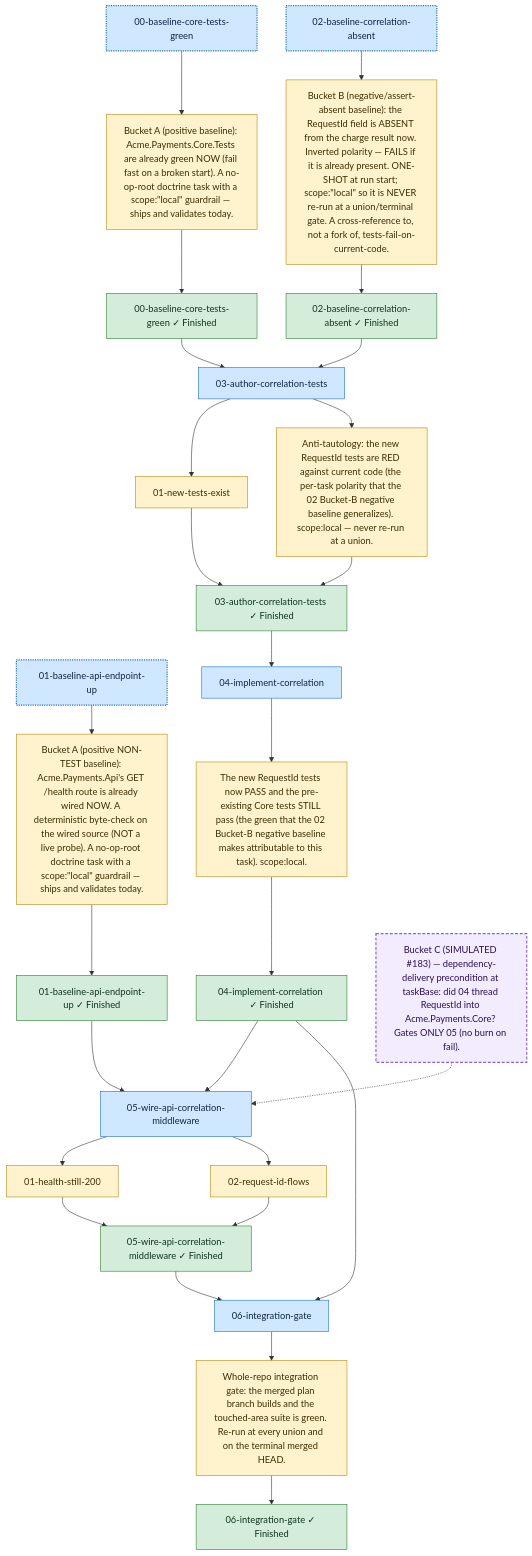
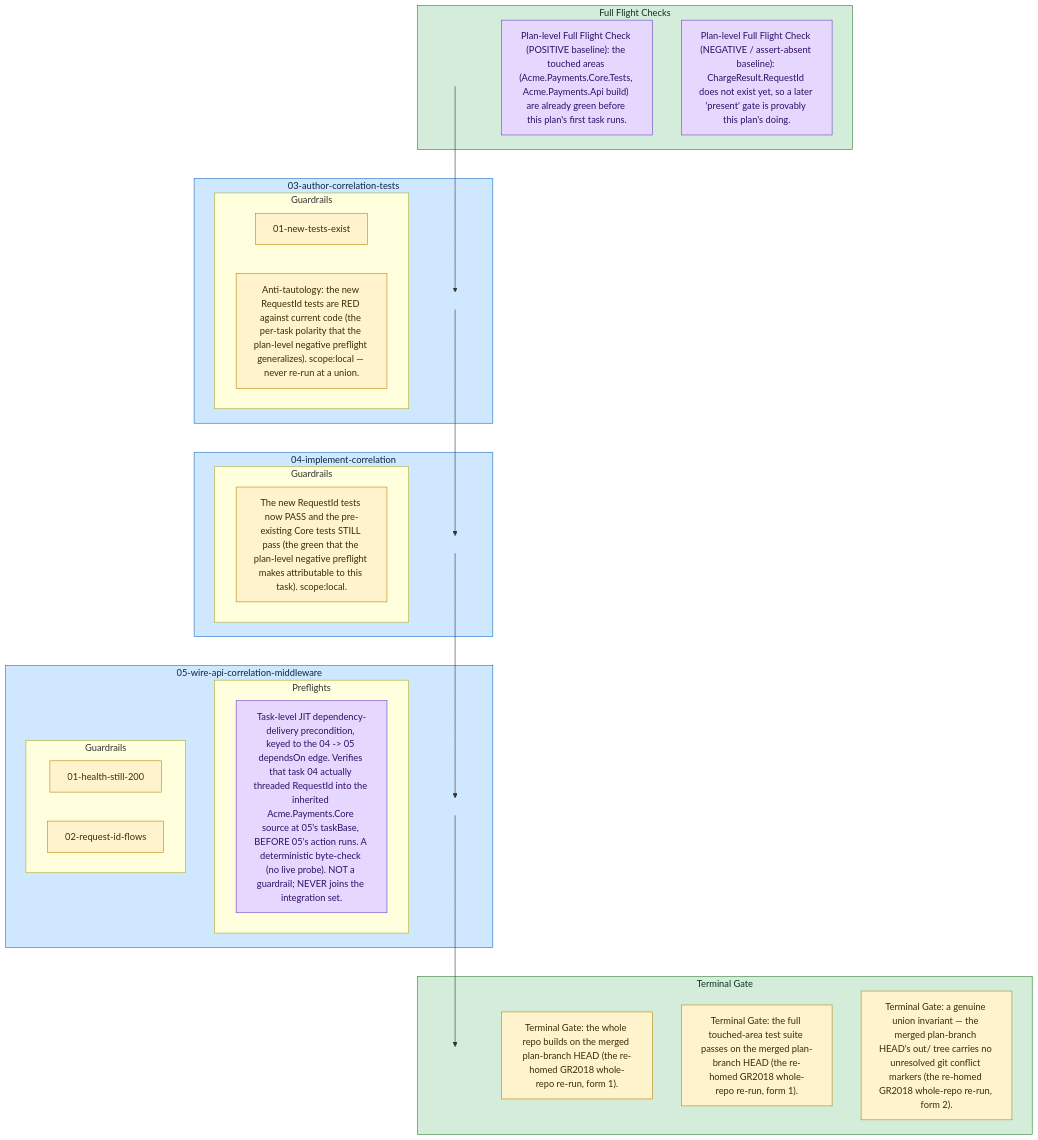
Before and after one commit to Servant-Software-LLC/Guardrails: the diagram in docs/plans/09-preflight-first-class/example/example-plan/diagram.md, drawn with Mermaid. The commit also changed other lines of this file and 42 other files, not shown here.

Commit message:
Guardrails-Task: 20-author-four-folder-example Guardrails-Run: ce302369

````diff
--- a/docs/plans/09-preflight-first-class/example/example-plan/diagram.md
+++ b/docs/plans/09-preflight-first-class/example/example-plan/diagram.md
@@ -13,58 +3,51 @@
 ```mermaid
 flowchart TD
-  task_00_baseline_core_tests_green["00-baseline-core-tests-green"]:::baseline
-  gr_00_baseline_core_tests_green_0["Bucket A (positive baseline): Acme.Payments.Core.Tests are already green NOW (fail fast on a broken start). A no-op-root doctrine task with a scope:&quot;local&quot; guardrail — ships and validates today."]:::guardrail
-  task_00_baseline_core_tests_green --> gr_00_baseline_core_tests_green_0
-  gr_00_baseline_core_tests_green_0 --> done_00_baseline_core_tests_green
-  done_00_baseline_core_tests_green["00-baseline-core-tests-green ✓ Finished"]:::done
-  task_01_baseline_api_endpoint_up["01-baseline-api-endpoint-up"]:::baseline
-  gr_01_baseline_api_endpoint_up_0["Bucket A (positive NON-TEST baseline): Acme.Payments.Api's GET /health route is already wired NOW. A deterministic byte-check on the wired source (NOT a live probe). A no-op-root doctrine task with a scope:&quot;local&quot; guardrail — ships and validates today."]:::guardrail
-  task_01_baseline_api_endpoint_up --> gr_01_baseline_api_endpoint_up_0
-  gr_01_baseline_api_endpoint_up_0 --> done_01_baseline_api_endpoint_up
-  done_01_baseline_api_endpoint_up["01-baseline-api-endpoint-up ✓ Finished"]:::done
-  task_02_baseline_correlation_absent["02-baseline-correlation-absent"]:::baseline
-  gr_02_baseline_correlation_absent_0["Bucket B (negative/assert-absent baseline): the RequestId field is ABSENT from the charge result now. Inverted polarity — FAILS if it is already present. ONE-SHOT at run start; scope:&quot;local&quot; so it is NEVER re-run at a union/terminal gate. A cross-reference to, not a fork of, tests-fail-on-current-code."]:::guardrail
-  task_02_baseline_correlation_absent --> gr_02_baseline_correlation_absent_0
-  gr_02_baseline_correlation_absent_0 --> done_02_baseline_correlation_absent
-  done_02_baseline_correlation_absent["02-baseline-correlation-absent ✓ Finished"]:::done
-  task_03_author_correlation_tests["03-author-correlation-tests"]:::task
-  gr_03_author_correlation_tests_0["01-new-tests-exist"]:::guardrail
-  task_03_author_correlation_tests --> gr_03_author_correlation_tests_0
-  gr_03_author_correlation_tests_0 --> done_03_author_correlation_tests
-  gr_03_author_correlation_tests_1["Anti-tautology: the new RequestId tests are RED against current code (the per-task polarity that the 02 Bucket-B negative baseline generalizes). scope:local — never re-run at a union."]:::guardrail
-  task_03_author_correlation_tests --> gr_03_author_correlation_tests_1
-  gr_03_author_correlation_tests_1 --> done_03_author_correlation_tests
-  done_03_author_correlation_tests["03-author-correlation-tests ✓ Finished"]:::done
-  task_04_implement_correlation["04-implement-correlation"]:::task
-  gr_04_implement_correlation_0["The new RequestId tests now PASS and the pre-existing Core tests STILL pass (the green that the 02 Bucket-B negative baseline makes attributable to this task). scope:local."]:::guardrail
-  task_04_implement_correlation --> gr_04_implement_correlation_0
-  gr_04_implement_correlation_0 --> done_04_implement_correlation
-  done_04_implement_correlation["04-implement-correlation ✓ Finished"]:::done
-  task_05_wire_api_correlation_middleware["05-wire-api-correlation-middleware"]:::task
-  gr_05_wire_api_correlation_middleware_0["01-health-still-200"]:::guardrail
-  task_05_wire_api_correlation_middleware --> gr_05_wire_api_correlation_middleware_0
-  gr_05_wire_api_correlation_middleware_0 --> done_05_wire_api_correlation_middleware
-  gr_05_wire_api_correlation_middleware_1["02-request-id-flows"]:::guardrail
-  task_05_wire_api_correlation_middleware --> gr_05_wire_api_correlation_middleware_1
-  gr_05_wire_api_correlation_middleware_1 --> done_05_wire_api_correlation_middleware
-  done_05_wire_api_correlation_middleware["05-wire-api-correlation-middleware ✓ Finished"]:::done
-  precond_05_requestid_delivered["Bucket C (SIMULATED #183) — dependency-delivery precondition at taskBase: did 04 thread RequestId into Acme.Payments.Core? Gates ONLY 05 (no burn on fail)."]:::precond
-  precond_05_requestid_delivered -.-> task_05_wire_api_correlation_middleware
-  task_06_integration_gate["06-integration-gate"]:::task
-  gr_06_integration_gate_0["Whole-repo integration gate: the merged plan branch builds and the touched-area suite is green. Re-run at every union and on the terminal merged HEAD."]:::guardrail
-  task_06_integration_gate --> gr_06_integration_gate_0
-  gr_06_integration_gate_0 --> done_06_integration_gate
-  done_06_integration_gate["06-integration-gate ✓ Finished"]:::done
-  done_00_baseline_core_tests_green --> task_03_author_correlation_tests
-  done_01_baseline_api_endpoint_up --> task_05_wire_api_correlation_middleware
-  done_02_baseline_correlation_absent --> task_03_author_correlation_tests
-  done_03_author_correlation_tests --> task_04_implement_correlation
-  done_04_implement_correlation --> task_05_wire_api_correlation_middleware
-  done_04_implement_correlation --> task_06_integration_gate
-  done_05_wire_api_correlation_middleware --> task_06_integration_gate
+  subgraph plan_preflights["Full Flight Checks"]
+    plan_preflights_anchor[" "]:::invisible
+    plan_preflights_0["Plan-level Full Flight Check (POSITIVE baseline): the touched areas (Acme.Payments.Core.Tests, Acme.Payments.Api build) are already green before this plan's first task runs."]:::preflight
+    plan_preflights_1["Plan-level Full Flight Check (NEGATIVE / assert-absent baseline): ChargeResult.RequestId does not exist yet, so a later 'present' gate is provably this plan's doing."]:::preflight
+  end
+  class plan_preflights planLevel;
+  subgraph task_03_author_correlation_tests["03-author-correlation-tests"]
+    task_03_author_correlation_tests_anchor[" "]:::invisible
+    subgraph task_03_author_correlation_tests_guardrails["Guardrails"]
+      task_03_author_correlation_tests_gr_0["01-new-tests-exist"]:::guardrail
+      task_03_author_correlation_tests_gr_1["Anti-tautology: the new RequestId tests are RED against current code (the per-task polarity that the plan-level negative preflight generalizes). scope:local — never re-run at a union."]:::guardrail
+    end
+  end
+  class task_03_author_correlation_tests task;
+  subgraph task_04_implement_correlation["04-implement-correlation"]
+    task_04_implement_correlation_anchor[" "]:::invisible
+    subgraph task_04_implement_correlation_guardrails["Guardrails"]
+      task_04_implement_correlation_gr_0["The new RequestId tests now PASS and the pre-existing Core tests STILL pass (the green that the plan-level negative preflight makes attributable to this task). scope:local."]:::guardrail
+    end
+  end
+  class task_04_implement_correlation task;
+  subgraph task_05_wire_api_correlation_middleware["05-wire-api-correlation-middleware"]
+    task_05_wire_api_correlation_middleware_anchor[" "]:::invisible
+    subgraph task_05_wire_api_correlation_middleware_preflights["Preflights"]
+      task_05_wire_api_correlation_middleware_pf_0["Task-level JIT dependency-delivery precondition, keyed to the 04 -&gt; 05 dependsOn edge. Verifies that task 04 actually threaded RequestId into the inherited Acme.Payments.Core source at 05's taskBase, BEFORE 05's action runs. A deterministic byte-check (no live probe). NOT a guardrail; NEVER joins the integration set."]:::preflight
+    end
+    subgraph task_05_wire_api_correlation_middleware_guardrails["Guardrails"]
+      task_05_wire_api_correlation_middleware_gr_0["01-health-still-200"]:::guardrail
+      task_05_wire_api_correlation_middleware_gr_1["02-request-id-flows"]:::guardrail
+    end
+  end
+  class task_05_wire_api_correlation_middleware task;
+  subgraph plan_guardrails["Terminal Gate"]
+    plan_guardrails_anchor[" "]:::invisible
+    plan_guardrails_0["Terminal Gate: the whole repo builds on the merged plan-branch HEAD (the re-homed GR2018 whole-repo re-run, form 1)."]:::guardrail
+    plan_guardrails_1["Terminal Gate: the full touched-area test suite passes on the merged plan-branch HEAD (the re-homed GR2018 whole-repo re-run, form 1)."]:::guardrail
+    plan_guardrails_2["Terminal Gate: a genuine union invariant — the merged plan-branch HEAD's out/ tree carries no unresolved git conflict markers (the re-homed GR2018 whole-repo re-run, form 2)."]:::guardrail
+  end
+  class plan_guardrails planLevel;
+  plan_preflights_anchor --> task_03_author_correlation_tests_anchor
+  task_03_author_correlation_tests_anchor --> task_04_implement_correlation_anchor
+  task_04_implement_correlation_anchor --> task_05_wire_api_correlation_middleware_anchor
+  task_05_wire_api_correlation_middleware_anchor --> plan_guardrails_anchor
   classDef task fill:#cfe8ff,stroke:#1b6ec2,color:#0b2545;
+  classDef preflight fill:#e6d7ff,stroke:#6f42c1,color:#2e1065;
   classDef guardrail fill:#fff3cd,stroke:#b8860b,color:#3d2c00;
-  classDef done fill:#d4edda,stroke:#2e7d32,color:#10341a;
-  classDef baseline fill:#cfe8ff,stroke:#1b6ec2,stroke-width:2px,stroke-dasharray:2 2,color:#0b2545;
-  classDef precond fill:#f3ecff,stroke:#8a63d2,stroke-width:2px,stroke-dasharray:5 3,color:#2a0f55;
+  classDef planLevel fill:#d4edda,stroke:#2e7d32,color:#10341a;
+  classDef invisible fill:none,stroke:none;
 ```
````
